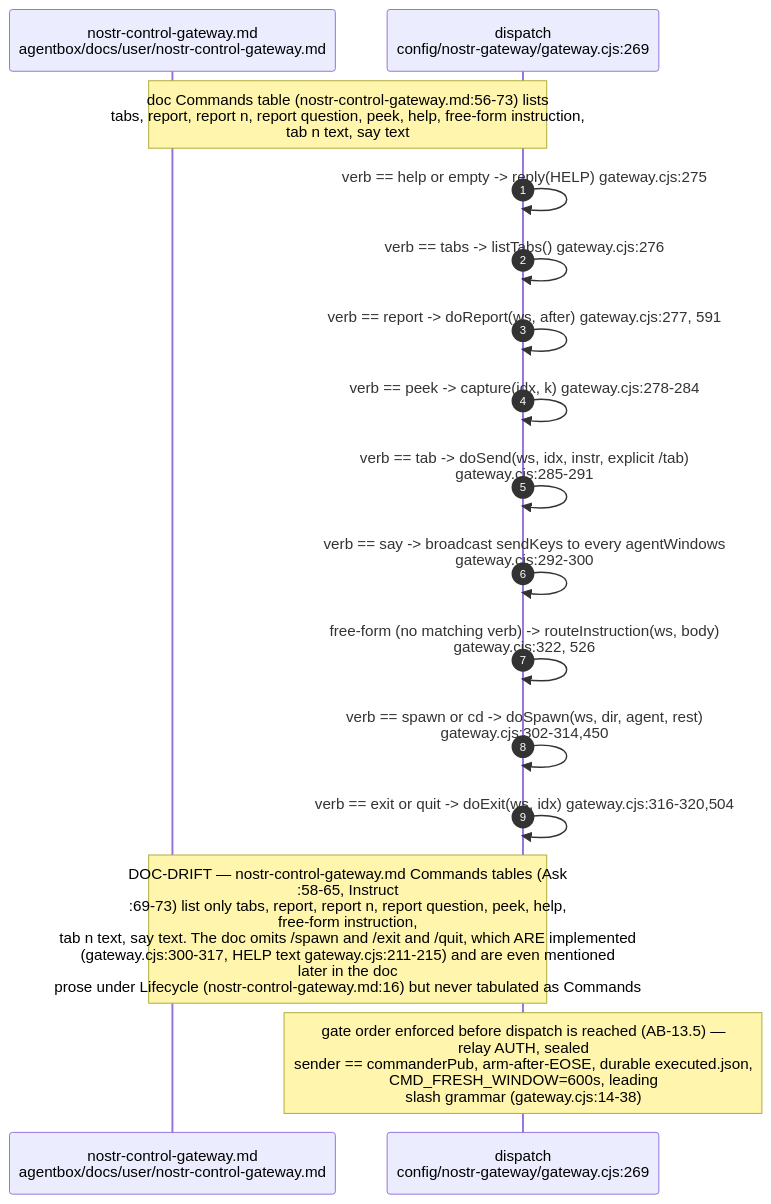
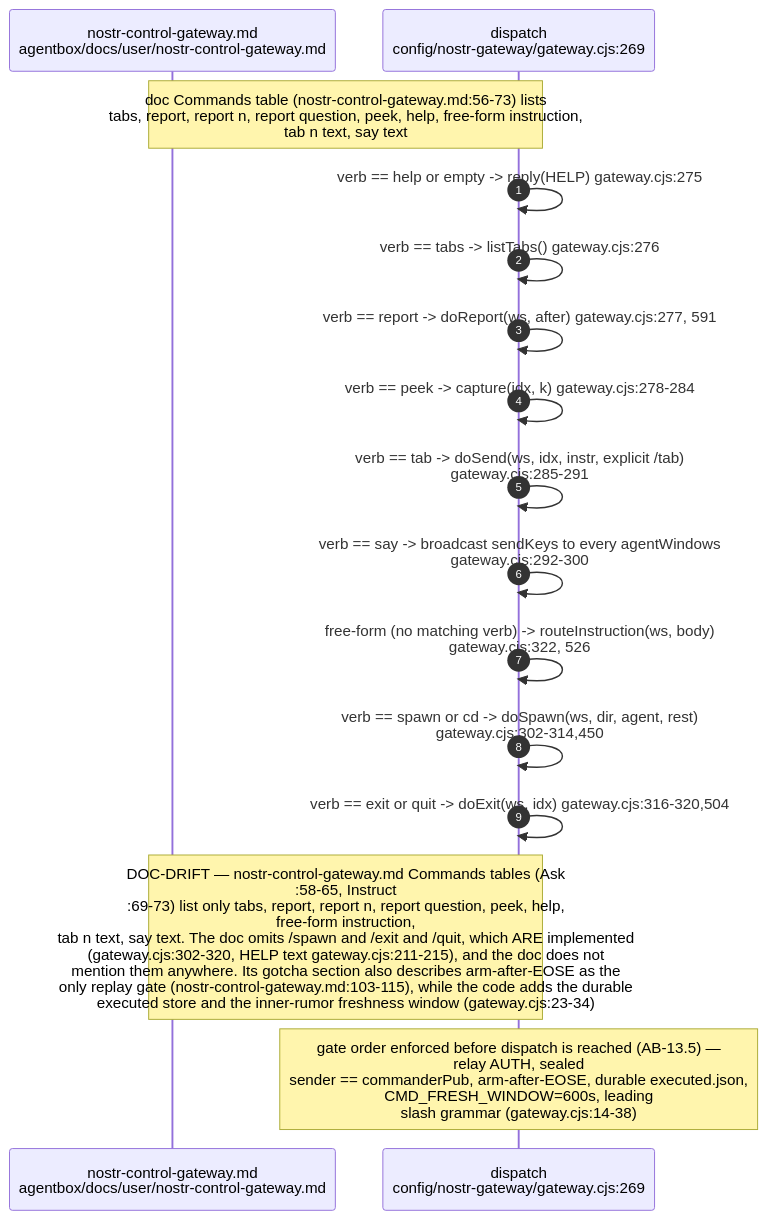
One commit to DreamLab-AI/VisionFlow changed the tenth of 16 diagrams in docs/diagrams/agentbox/13-nostr-relay-gateway-bridge-mirror.md. Above: the diagram before and after it, drawn with Mermaid. The commit also changed other lines of this file and 173 other files, not shown here.

````diff
--- a/docs/diagrams/agentbox/13-nostr-relay-gateway-bridge-mirror.md
+++ b/docs/diagrams/agentbox/13-nostr-relay-gateway-bridge-mirror.md
@@ -432,19 +441,19 @@
 ```mermaid
 sequenceDiagram
     autonumber
     participant DOC as nostr-control-gateway.md<br/>agentbox/docs/user/nostr-control-gateway.md
     participant DISP as dispatch<br/>config/nostr-gateway/gateway.cjs:269
 
 Note over DOC,DISP: doc Commands table (nostr-control-gateway.md:56-73) lists<br/>tabs, report, report n, report question, peek, help, free-form instruction,<br/>tab n text, say text
     DISP->>DISP: verb == help or empty -> reply(HELP) gateway.cjs:275
     DISP->>DISP: verb == tabs -> listTabs() gateway.cjs:276
     DISP->>DISP: verb == report -> doReport(ws, after) gateway.cjs:277, 591
     DISP->>DISP: verb == peek -> capture(idx, k) gateway.cjs:278-284
 DISP->>DISP: verb == tab -> doSend(ws, idx, instr, explicit /tab)<br/>gateway.cjs:285-291
 DISP->>DISP: verb == say -> broadcast sendKeys to every agentWindows<br/>gateway.cjs:292-300
 DISP->>DISP: free-form (no matching verb) -> routeInstruction(ws, body)<br/>gateway.cjs:322, 526
 DISP->>DISP: verb == spawn or cd -> doSpawn(ws, dir, agent, rest)<br/>gateway.cjs:302-314,450
     DISP->>DISP: verb == exit or quit -> doExit(ws, idx) gateway.cjs:316-320,504
-Note over DOC,DISP: DOC-DRIFT — nostr-control-gateway.md Commands tables (Ask<br/>:58-65, Instruct<br/>:69-73) list only tabs, report, report n, report question, peek, help,<br/>free-form instruction,<br/>tab n text, say text. The doc omits /spawn and /exit and /quit, which ARE implemented<br/>(gateway.cjs:300-317, HELP text gateway.cjs:211-215) and are even mentioned<br/>later in the doc<br/>prose under Lifecycle (nostr-control-gateway.md:16) but never tabulated as Commands
+Note over DOC,DISP: DOC-DRIFT — nostr-control-gateway.md Commands tables (Ask<br/>:58-65, Instruct<br/>:69-73) list only tabs, report, report n, report question, peek, help,<br/>free-form instruction,<br/>tab n text, say text. The doc omits /spawn and /exit and /quit, which ARE implemented<br/>(gateway.cjs:302-320, HELP text gateway.cjs:211-215), and the doc does not<br/>mention them anywhere. Its gotcha section also describes arm-after-EOSE as the<br/>only replay gate (nostr-control-gateway.md:103-115), while the code adds the durable<br/>executed store and the inner-rumor freshness window (gateway.cjs:23-34)
 Note over DISP: gate order enforced before dispatch is reached (AB-13.5) —<br/>relay AUTH, sealed<br/>sender == commanderPub, arm-after-EOSE, durable executed.json,<br/>CMD_FRESH_WINDOW=600s, leading<br/>slash grammar (gateway.cjs:14-38)
 ```
````
